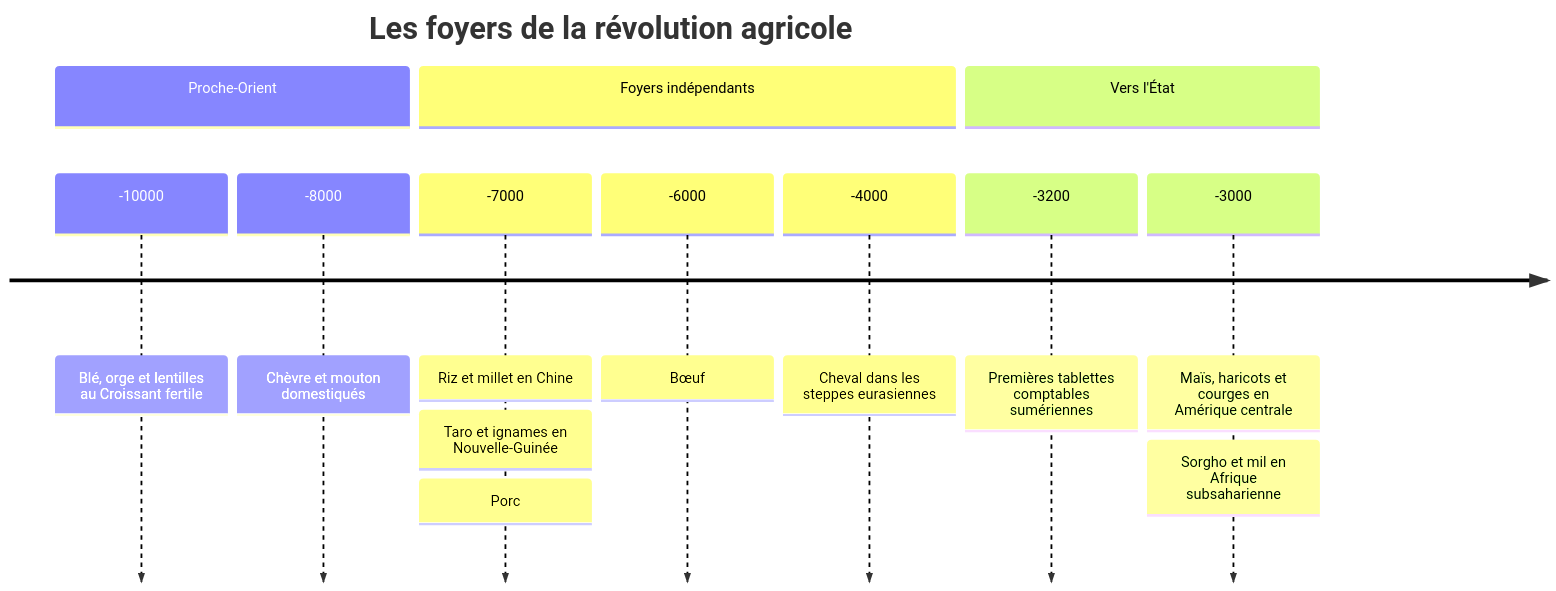
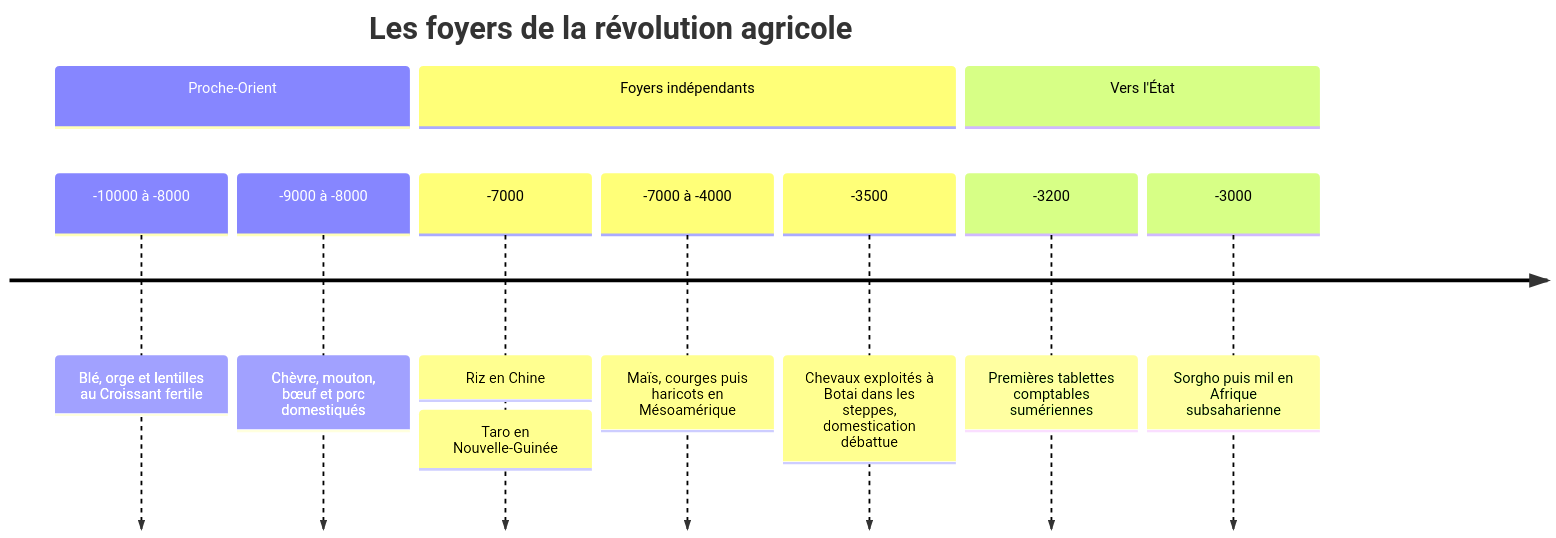
The diagram in Social Sciences/History/La Révolution Agricole.md (rwmicro/pensine), drawn with Mermaid before and after one commit. The commit also changed 9 other files, not shown here.

````diff
--- a/Social Sciences/History/La Révolution Agricole.md
+++ b/Social Sciences/History/La Révolution Agricole.md
@@ -29,14 +29,14 @@
 ```mermaid
 timeline
     title Les foyers de la révolution agricole
     section Proche-Orient
-        -10000 : Blé, orge et lentilles au Croissant fertile
-        -8000 : Chèvre et mouton domestiqués
+        -10000 à -8000 : Blé, orge et lentilles au Croissant fertile
+        -9000 à -8000 : Chèvre, mouton, bœuf et porc domestiqués
     section Foyers indépendants
-        -7000 : Riz et millet en Chine : Taro et ignames en Nouvelle-Guinée : Porc
-        -6000 : Bœuf
-        -4000 : Cheval dans les steppes eurasiennes
+        -7000 : Riz en Chine : Taro en Nouvelle-Guinée
+        -7000 à -4000 : Maïs, courges puis haricots en Mésoamérique
+        -3500 : Chevaux exploités à Botai dans les steppes, domestication débattue
     section Vers l'État
         -3200 : Premières tablettes comptables sumériennes
-        -3000 : Maïs, haricots et courges en Amérique centrale : Sorgho et mil en Afrique subsaharienne
+        -3000 : Sorgho puis mil en Afrique subsaharienne
 ```
````
